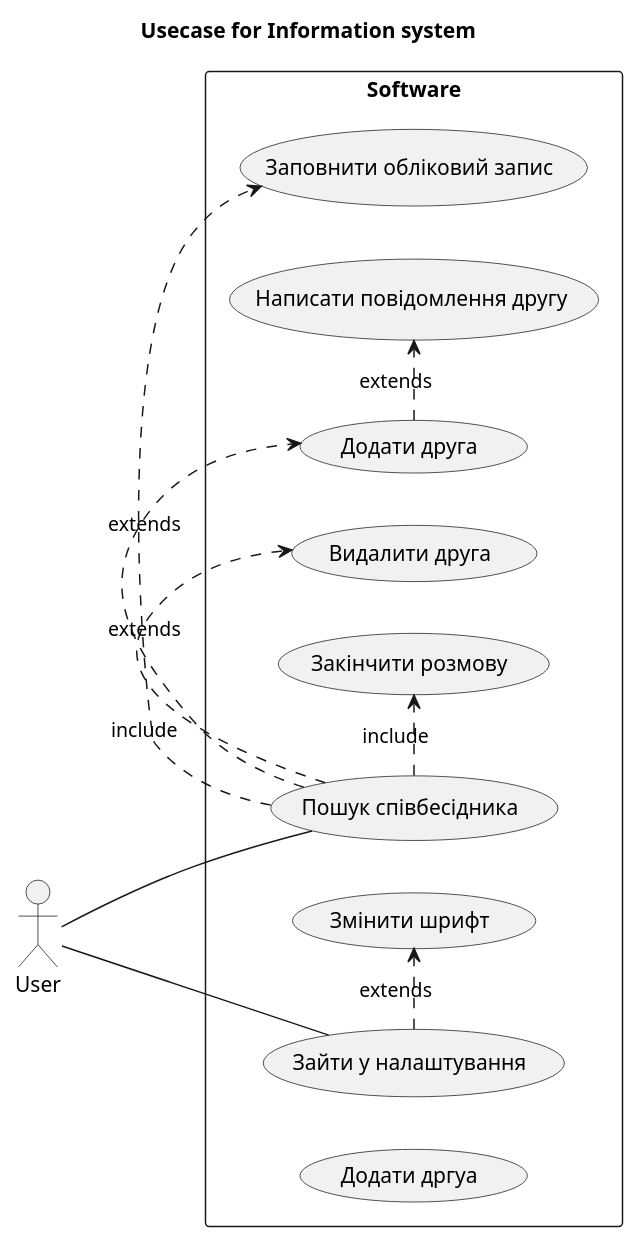
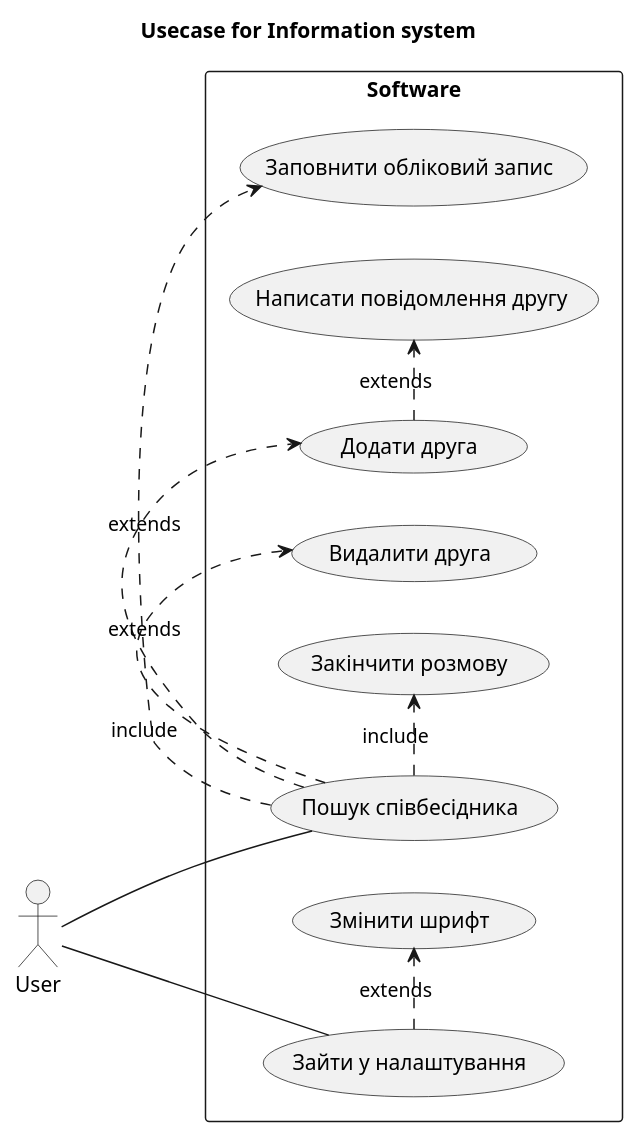
One commit to oleksandrblazhko/ai-212-shabelskij changed the diagram in 2-SoftwareDesign/2.7-PlantUML/UML-UseCase.puml. Above: the diagram before and after it, drawn with PlantUML.

```diff
--- a/2-SoftwareDesign/2.7-PlantUML/UML-UseCase.puml
+++ b/2-SoftwareDesign/2.7-PlantUML/UML-UseCase.puml
@@ -1,30 +1,30 @@
 @startuml
 
 title Usecase for Information system
 
 left to right direction
 
 actor User
 
 rectangle Software {
 
     usecase (Пошук співбесідника)
     usecase (Зайти у налаштування)
     usecase (Видалити друга)
-    usecase (Додати дргуа)
+    usecase (Додати друга)
     usecase (Закінчити розмову)
     usecase (Заповнити обліковий запис)
     usecase (Написати повідомлення другу)
     usecase (Змінити шрифт)
 
    (Пошук співбесідника) .> (Заповнити обліковий запис) : include
    (Пошук співбесідника) .> (Додати друга) : extends
    (Пошук співбесідника) .> (Видалити друга) : extends
    (Пошук співбесідника) .> (Закінчити розмову) : include
    (Додати друга) .> (Написати повідомлення другу) : extends
    (Зайти у налаштування) .> (Змінити шрифт) : extends
    User -- (Зайти у налаштування)
    User -- (Пошук співбесідника)
 }
 
 @enduml
```
